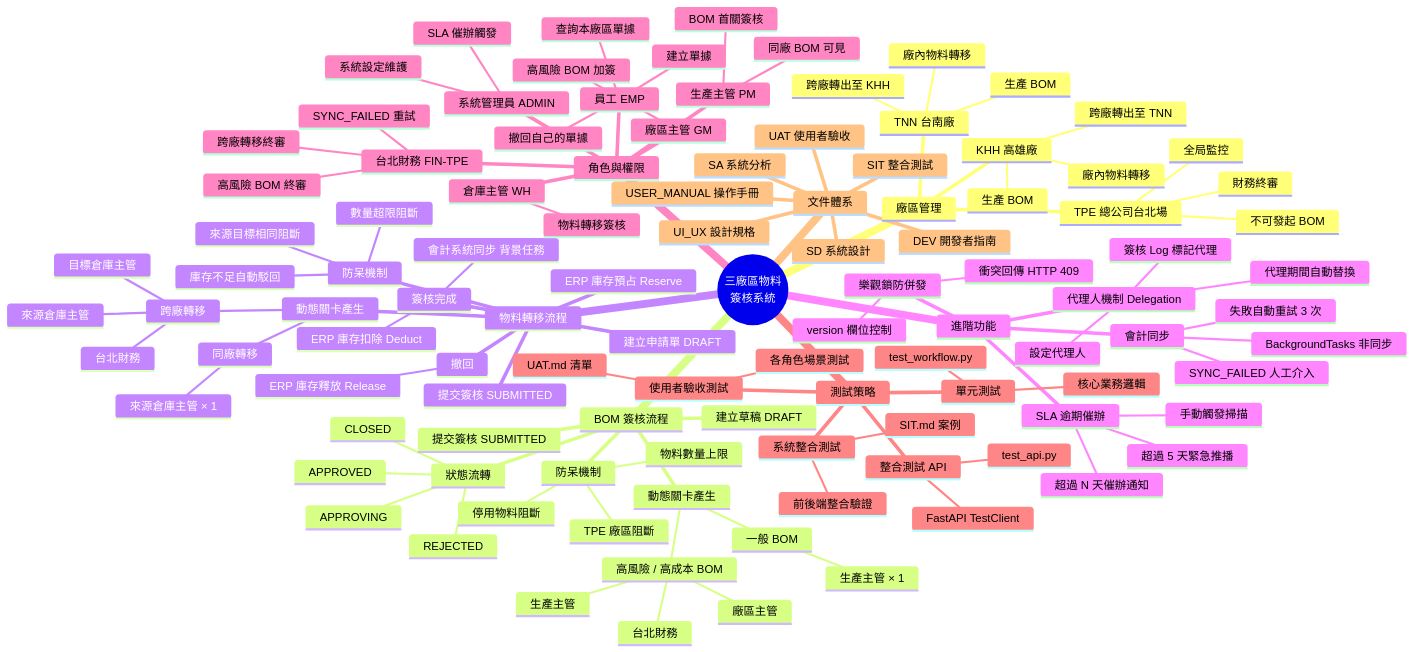
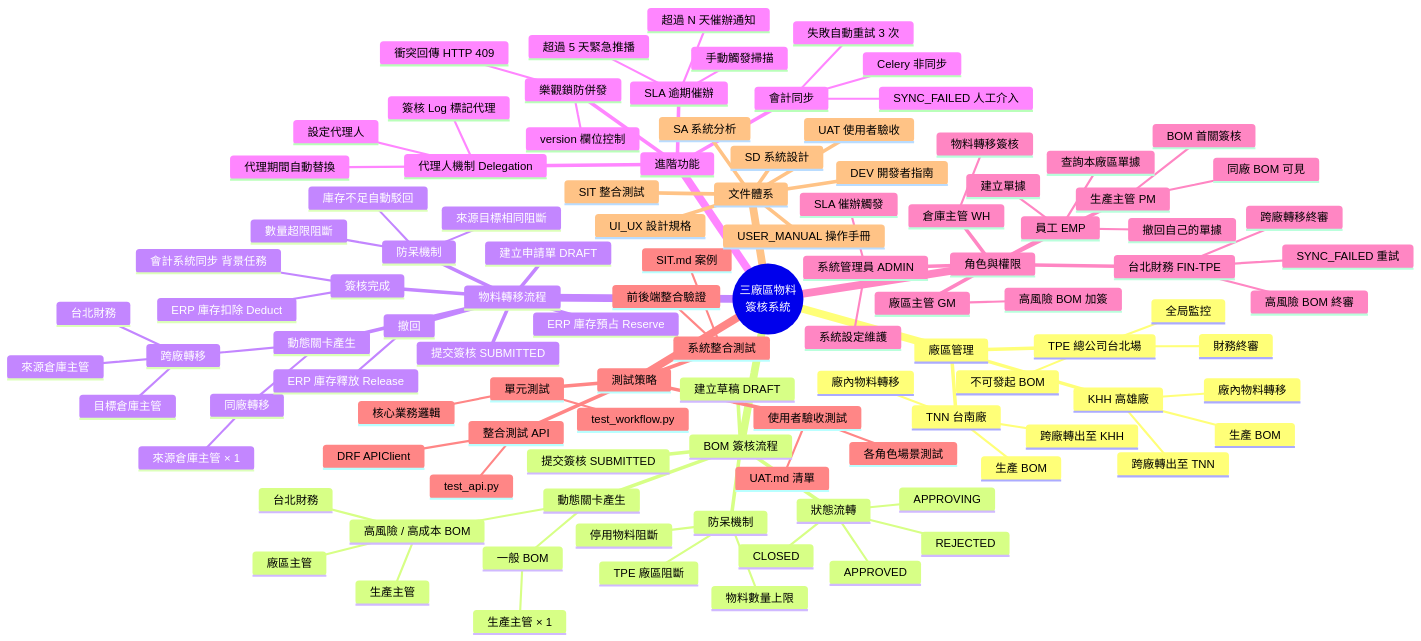
Before and after one commit to Kailunlin/SignOffSystem: the first of 3 diagrams in docs/MINDMAP.md, drawn with Mermaid. The commit also changed 61 other files, not shown here.

```diff
--- a/docs/MINDMAP.md
+++ b/docs/MINDMAP.md
@@ -74,7 +74,7 @@
         超過 N 天催辦通知
         超過 5 天緊急推播
       會計同步
-        BackgroundTasks 非同步
+        Celery 非同步
         失敗自動重試 3 次
         SYNC_FAILED 人工介入
     角色與權限
@@ -102,7 +102,7 @@
         核心業務邏輯
       整合測試 API
         test_api.py
-        FastAPI TestClient
+        DRF APIClient
       系統整合測試
         SIT.md 案例
         前後端整合驗證
```
